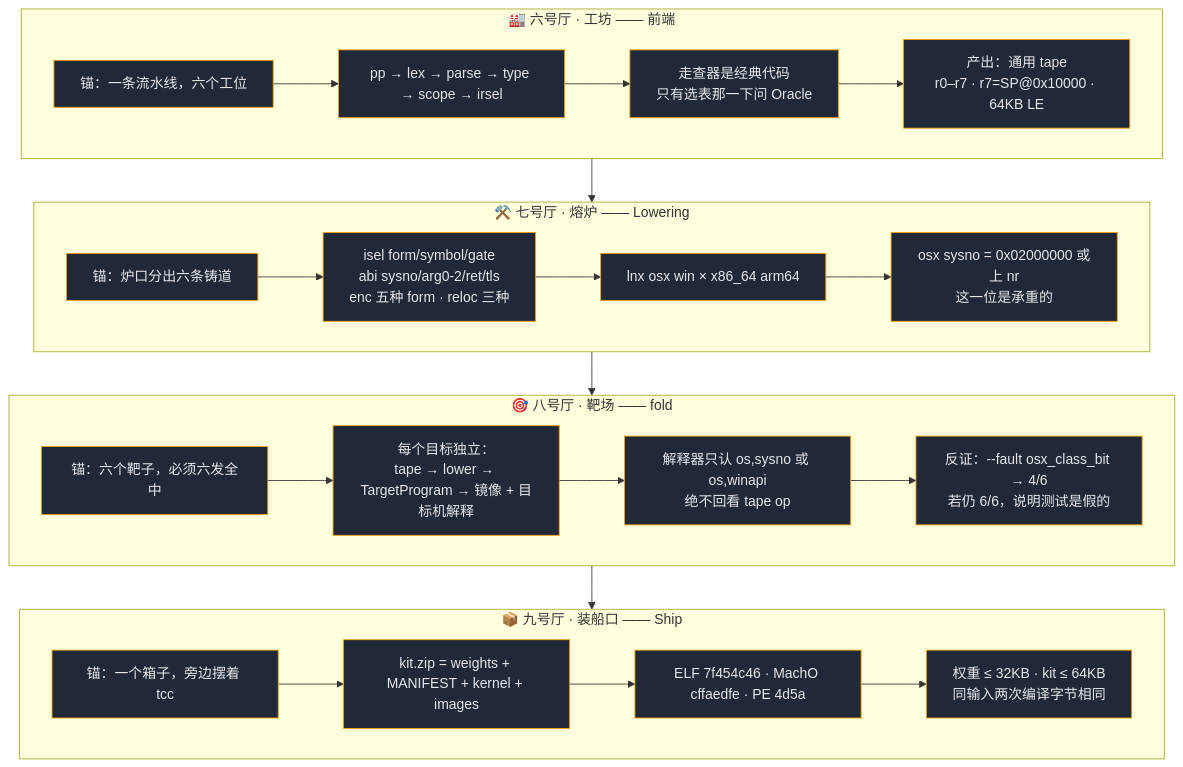
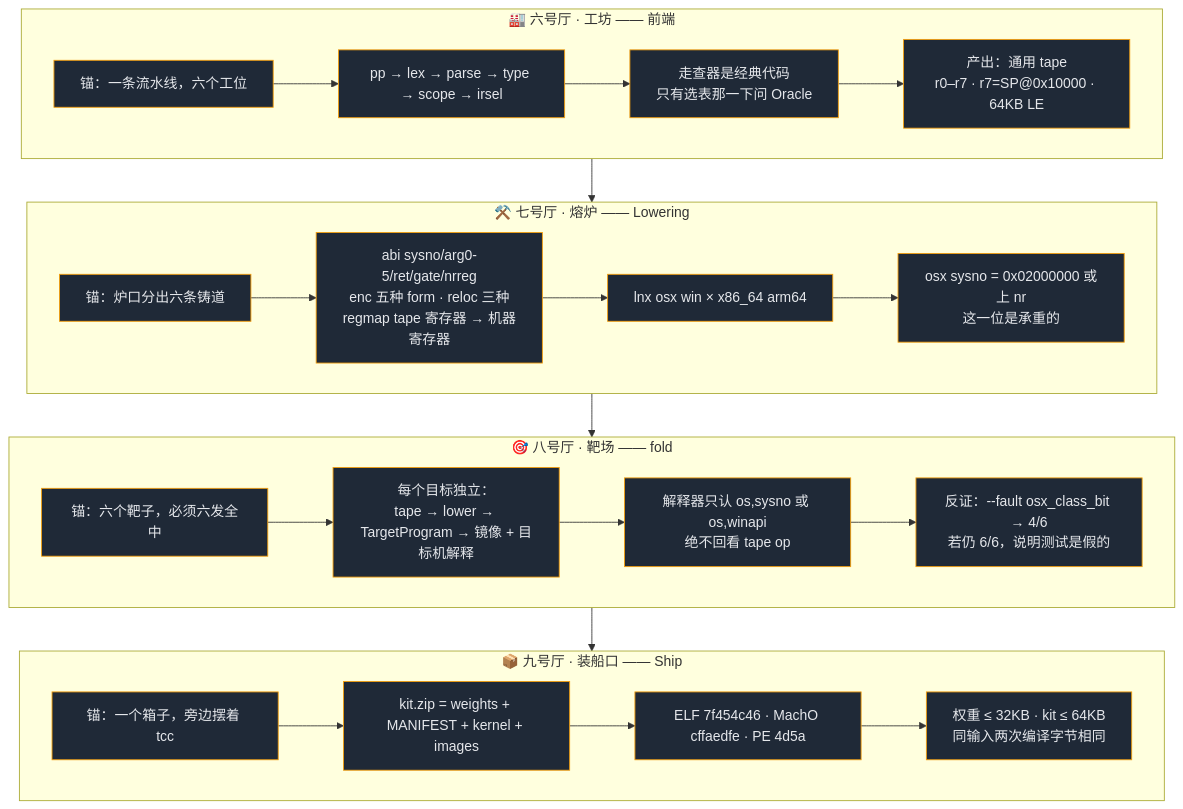
Before and after one commit to partnernetsoftware/unisacc: the second of 5 diagrams in prd.map.md, drawn with Mermaid. The commit also changed other lines of this file and 21 other files, not shown here.

````diff
--- a/prd.map.md
+++ b/prd.map.md
@@ -56,39 +56,39 @@
 ```mermaid
 flowchart TD
     subgraph R6["🏭 六号厅 · 工坊 —— 前端"]
         F1["锚：一条流水线，六个工位"]
         F2["pp → lex → parse → type → scope → irsel"]
         F3["走查器是经典代码<br/>只有选表那一下问 Oracle"]
         F4["产出：通用 tape<br/>r0–r7 · r7=SP@0x10000 · 64KB LE"]
         F1 --> F2 --> F3 --> F4
     end
 
     subgraph R7["⚒️ 七号厅 · 熔炉 —— Lowering"]
         G1["锚：炉口分出六条铸道"]
-        G2["isel form/symbol/gate<br/>abi sysno/arg0-2/ret/tls<br/>enc 五种 form · reloc 三种"]
+        G2["abi sysno/arg0-5/ret/gate/nrreg<br/>enc 五种 form · reloc 三种<br/>regmap tape 寄存器 → 机器寄存器"]
         G3["lnx osx win × x86_64 arm64"]
         G4["osx sysno = 0x02000000 或上 nr<br/>这一位是承重的"]
         G1 --> G2 --> G3 --> G4
     end
 
     subgraph R8["🎯 八号厅 · 靶场 —— fold"]
         H1["锚：六个靶子，必须六发全中"]
         H2["每个目标独立：<br/>tape → lower → TargetProgram → 镜像 + 目标机解释"]
         H3["解释器只认 os,sysno 或 os,winapi<br/>绝不回看 tape op"]
         H4["反证：--fault osx_class_bit → 4/6<br/>若仍 6/6，说明测试是假的"]
         H1 --> H2 --> H3 --> H4
     end
 
     subgraph R9["📦 九号厅 · 装船口 —— Ship"]
         I1["锚：一个箱子，旁边摆着 tcc"]
         I2["kit.zip = weights + MANIFEST + kernel + images"]
         I3["ELF 7f454c46 · MachO cffaedfe · PE 4d5a"]
         I4["权重 ≤ 32KB · kit ≤ 64KB<br/>同输入两次编译字节相同"]
         I1 --> I2 --> I3 --> I4
     end
 
     R6 --> R7 --> R8 --> R9
 
     classDef room fill:#1f2937,stroke:#f59e0b,color:#e5e7eb
     class F1,F2,F3,F4,G1,G2,G3,G4,H1,H2,H3,H4,I1,I2,I3,I4 room
 ```
````
